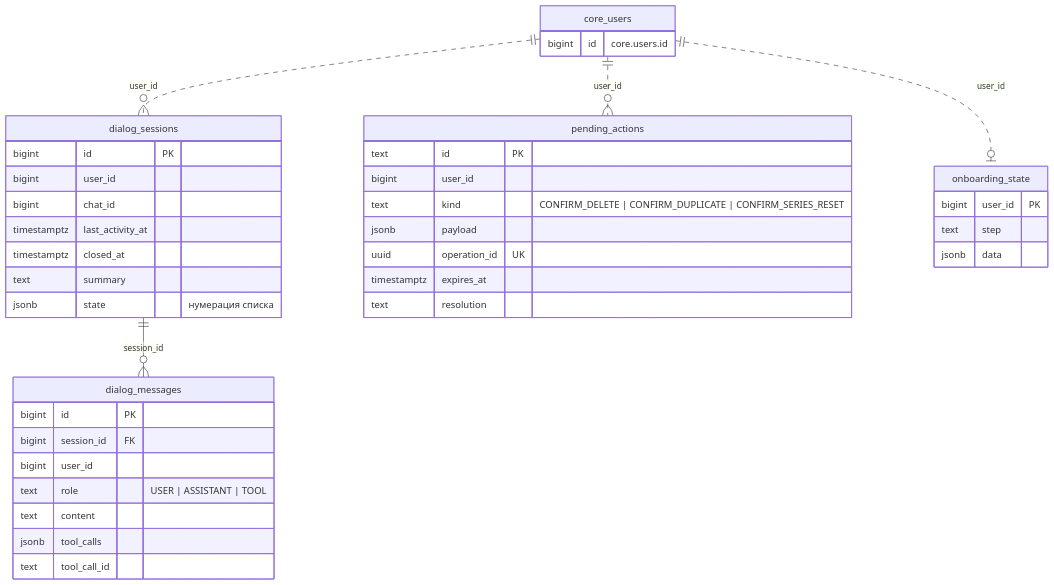
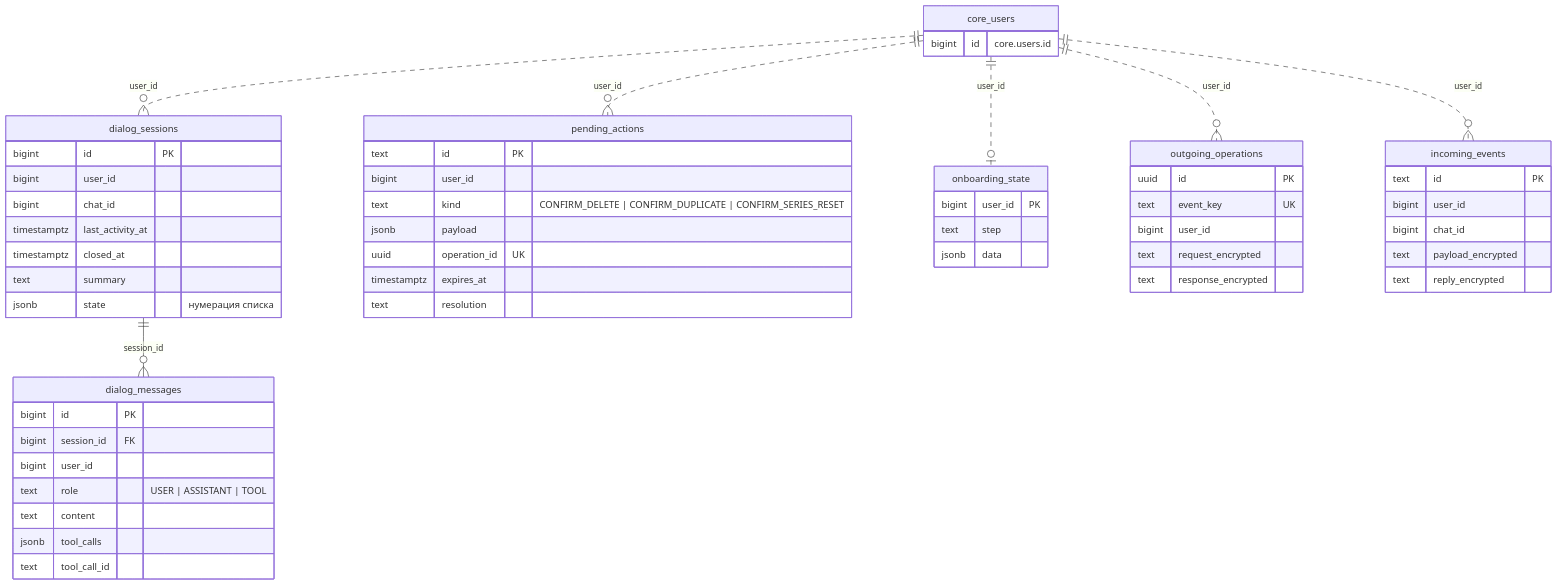
One commit to 1Avalanche/theseus changed the second of 4 diagrams in docs/database.md. Above: the diagram before and after it, drawn with Mermaid. The commit also changed other lines of this file and 70 other files, not shown here.

Commit message:
core, agent: add user access and onboarding

````diff
--- a/docs/database.md
+++ b/docs/database.md
@@ -109,43 +109,59 @@
 ```mermaid
 erDiagram
     core_users ||..o{ dialog_sessions : "user_id"
     core_users ||..o{ pending_actions : "user_id"
     core_users ||..o| onboarding_state : "user_id"
+    core_users ||..o{ outgoing_operations : "user_id"
+    core_users ||..o{ incoming_events : "user_id"
     dialog_sessions ||--o{ dialog_messages : "session_id"
 
     core_users {
         bigint id "core.users.id"
     }
     dialog_sessions {
         bigint id PK
         bigint user_id
         bigint chat_id
         timestamptz last_activity_at
         timestamptz closed_at
         text summary
         jsonb state "нумерация списка"
     }
     dialog_messages {
         bigint id PK
         bigint session_id FK
         bigint user_id
         text role "USER | ASSISTANT | TOOL"
         text content
         jsonb tool_calls
         text tool_call_id
     }
     pending_actions {
         text id PK
         bigint user_id
         text kind "CONFIRM_DELETE | CONFIRM_DUPLICATE | CONFIRM_SERIES_RESET"
         jsonb payload
         uuid operation_id UK
         timestamptz expires_at
         text resolution
     }
     onboarding_state {
         bigint user_id PK
         text step
         jsonb data
     }
+    outgoing_operations {
+        uuid id PK
+        text event_key UK
+        bigint user_id
+        text request_encrypted
+        text response_encrypted
+    }
+    incoming_events {
+        text id PK
+        bigint user_id
+        bigint chat_id
+        text payload_encrypted
+        text reply_encrypted
+    }
 ```
````
